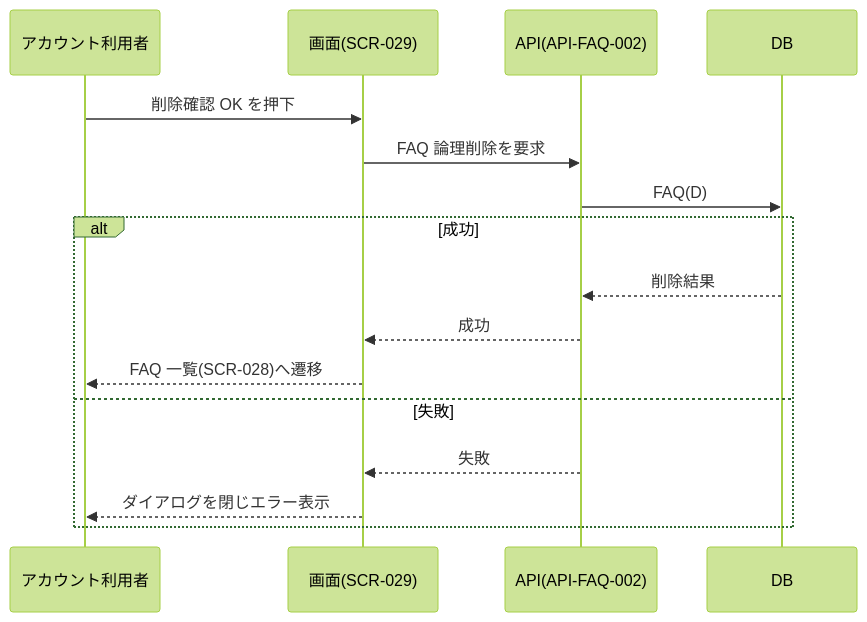
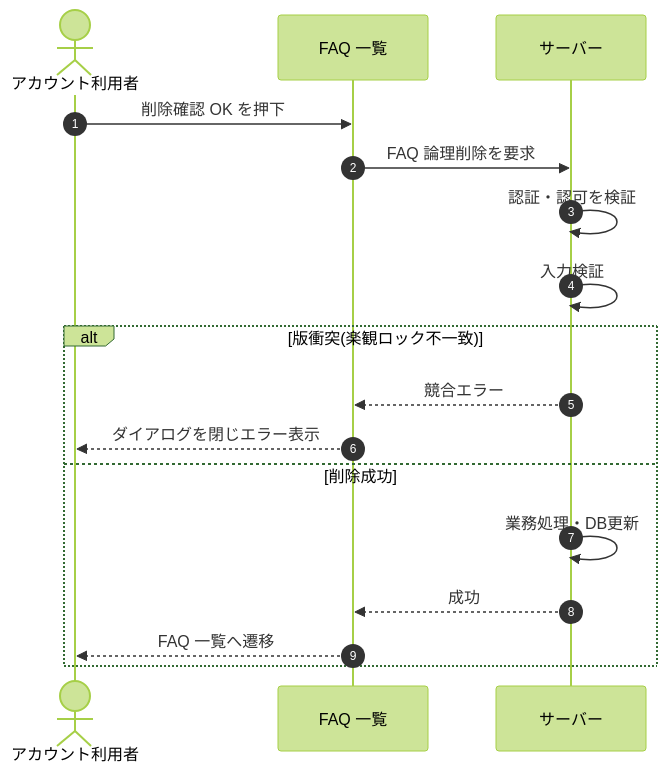
The diagram in 02_basic_design/05_sequences/SEQ-035.md (sikakou54/open-faq), drawn with Mermaid (forest theme) before and after one commit. The commit also changed other lines of this file and 108 other files, not shown here.

First line of the commit message:
基本設計: シーケンス図を基本設計粒度(ユーザー/画面/サーバー)へ再編成

````diff
--- a/02_basic_design/05_sequences/SEQ-035.md
+++ b/02_basic_design/05_sequences/SEQ-035.md
@@ -25,18 +32,19 @@
 ```mermaid
 sequenceDiagram
-  participant U as アカウント利用者
-  participant V as 画面(SCR-029)
-  participant A as API(API-FAQ-002)
-  participant D as DB
-  U->>V: 削除確認 OK を押下
-  V->>A: FAQ 論理削除を要求
-  A->>D: FAQ(D)
-  alt 成功
-    D-->>A: 削除結果
-    A-->>V: 成功
-    V-->>U: FAQ 一覧(SCR-028)へ遷移
-  else 失敗
-    A-->>V: 失敗
-    V-->>U: ダイアログを閉じエラー表示
+  autonumber
+  actor U as アカウント利用者
+  participant Screen as FAQ 一覧
+  participant Server as サーバー
+  U->>Screen: 削除確認 OK を押下
+  Screen->>Server: FAQ 論理削除を要求
+  Server->>Server: 認証・認可を検証
+  Server->>Server: 入力検証
+  alt 版衝突(楽観ロック不一致)
+    Server-->>Screen: 競合エラー
+    Screen-->>U: ダイアログを閉じエラー表示
+  else 削除成功
+    Server->>Server: 業務処理・DB更新
+    Server-->>Screen: 成功
+    Screen-->>U: FAQ 一覧へ遷移
   end
 ```
````
